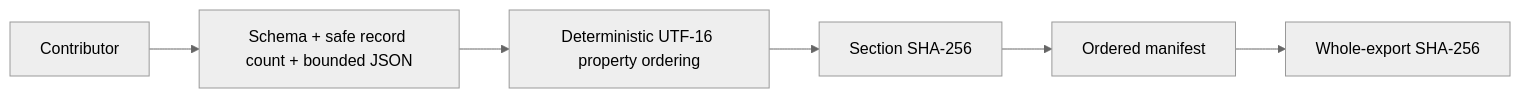
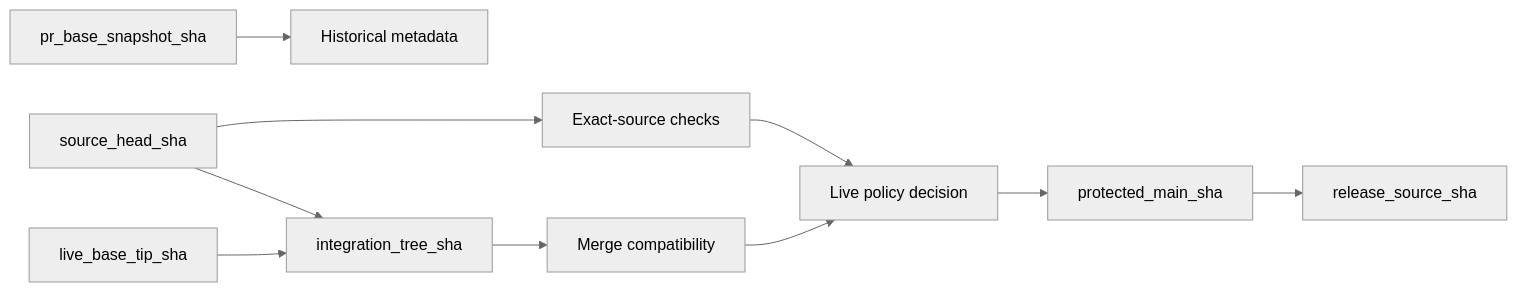
Before and after one commit to ContextualWisdomLab/life-os: diagram 13 of 15 in docs/UML.md, drawn with Mermaid (neutral theme). The commit also changed other lines of this file and 12 other files, not shown here.

Commit message:
docs: align canonical maturity with protected main

````diff
--- a/docs/UML.md
+++ b/docs/UML.md
@@ -209,8 +277,12 @@
 ```mermaid
 flowchart LR
-    Contributor --> Section[Schema + safe record count + bounded JSON]
-    Section --> Normalize[Deterministic UTF-16 property ordering]
-    Normalize --> Digest[Section SHA-256]
-    Digest --> Manifest[Ordered manifest]
-    Manifest --> Whole[Whole-export SHA-256]
+    Source[source_head_sha] --> SourceChecks[Exact-source checks]
+    Snapshot[pr_base_snapshot_sha] --> Historical[Historical metadata]
+    LiveBase[live_base_tip_sha] --> Integration[integration_tree_sha]
+    Source --> Integration
+    Integration --> Compatibility[Merge compatibility]
+    SourceChecks --> Policy[Live policy decision]
+    Compatibility --> Policy
+    Policy --> Main[protected_main_sha]
+    Main --> ReleaseSource[release_source_sha]
 ```
````
